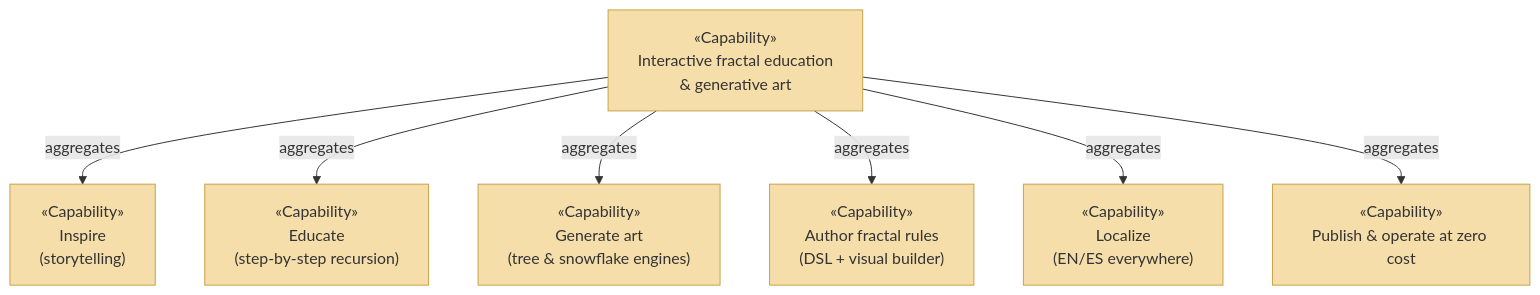
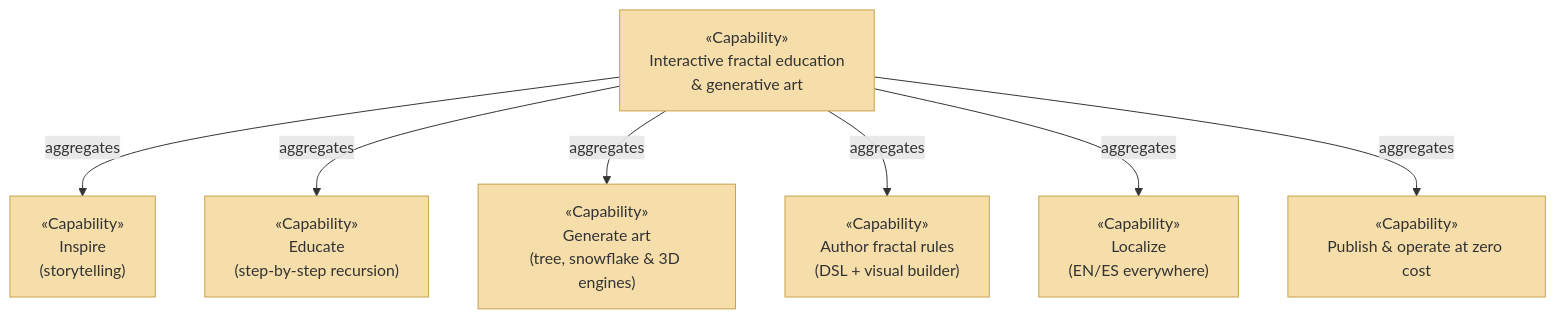
The diagram in docs/ea/1_strategy/2_capabilities-and-resources.md (roanboc/fractal-tree-generator), drawn with Mermaid before and after one commit. The commit also changed other lines of this file and 42 other files, not shown here.

````diff
--- a/docs/ea/1_strategy/2_capabilities-and-resources.md
+++ b/docs/ea/1_strategy/2_capabilities-and-resources.md
@@ -9,19 +9,19 @@
 ```mermaid
 flowchart TB
   c0["«Capability»<br>Interactive fractal education<br>& generative art"]:::strategy
   c1["«Capability»<br>Inspire<br>(storytelling)"]:::strategy
   c2["«Capability»<br>Educate<br>(step-by-step recursion)"]:::strategy
-  c3["«Capability»<br>Generate art<br>(tree & snowflake engines)"]:::strategy
+  c3["«Capability»<br>Generate art<br>(tree, snowflake & 3D engines)"]:::strategy
   c4["«Capability»<br>Author fractal rules<br>(DSL + visual builder)"]:::strategy
   c5["«Capability»<br>Localize<br>(EN/ES everywhere)"]:::strategy
   c6["«Capability»<br>Publish & operate at zero cost"]:::strategy
 
   c0 -->|aggregates| c1
   c0 -->|aggregates| c2
   c0 -->|aggregates| c3
   c0 -->|aggregates| c4
   c0 -->|aggregates| c5
   c0 -->|aggregates| c6
 
   classDef strategy fill:#f5deaa,stroke:#c8a24a,color:#333
 ```
````
